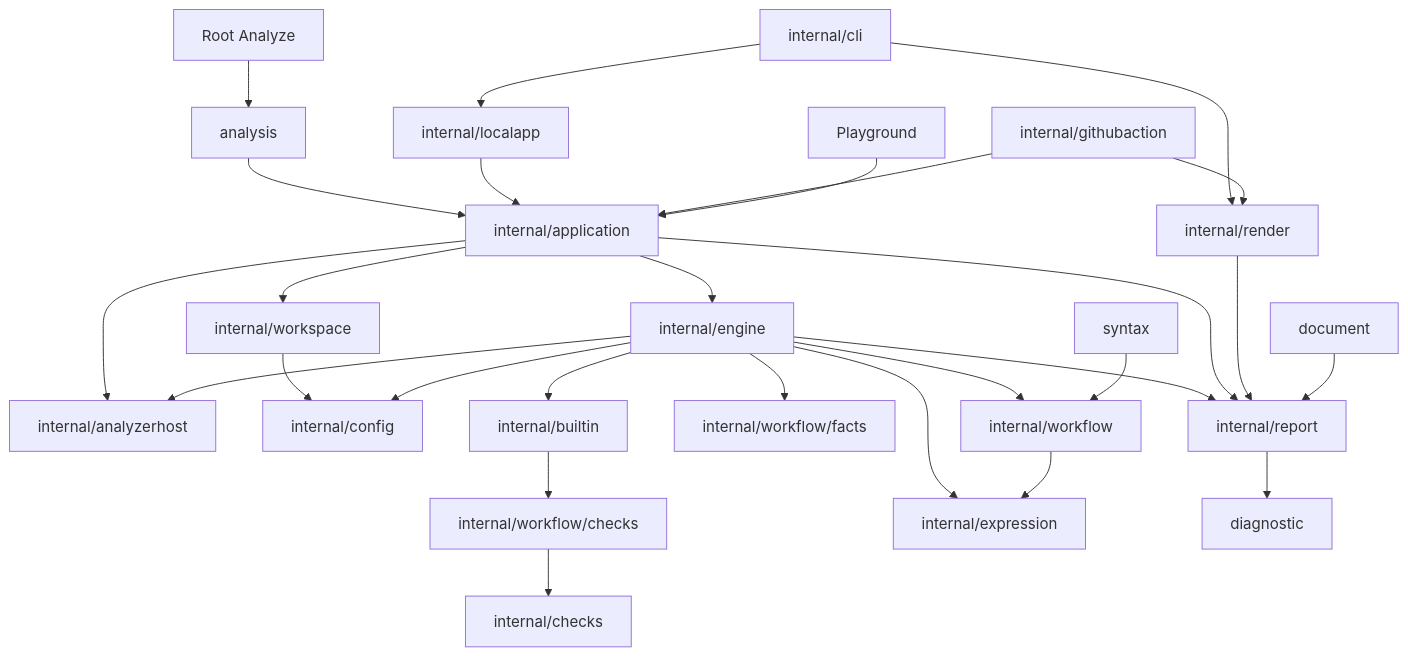
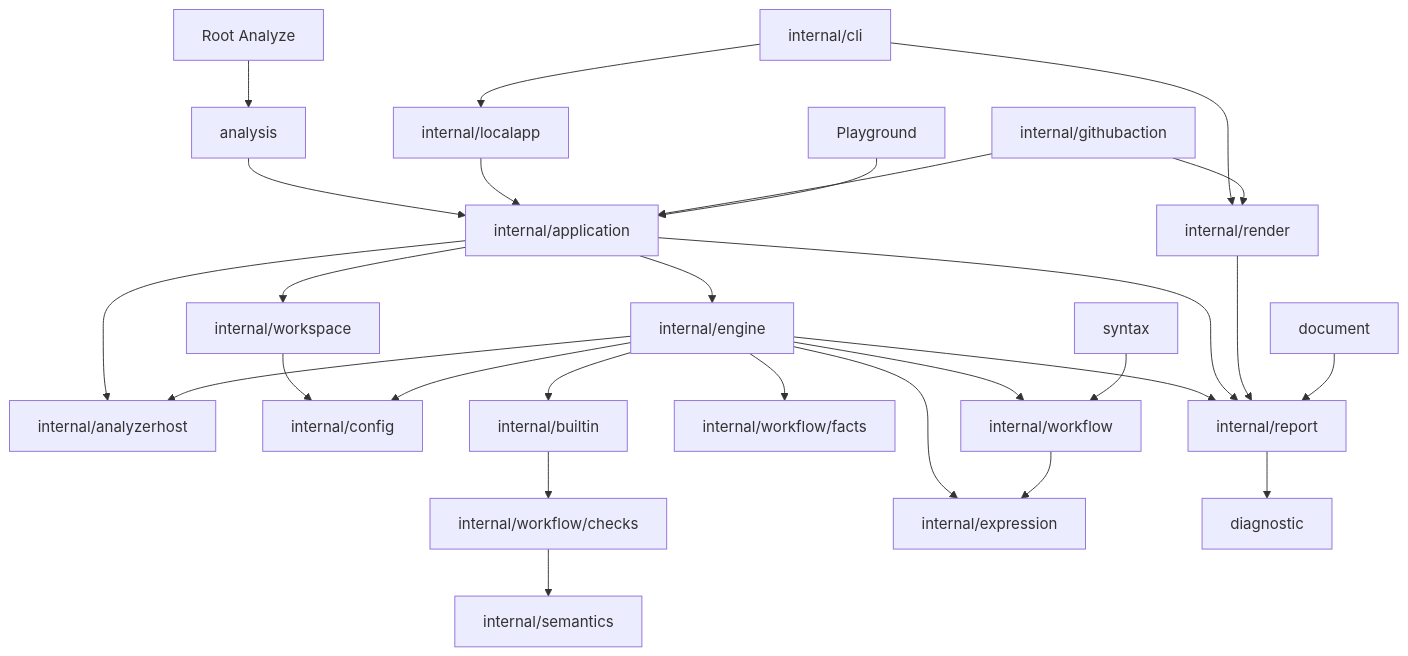
One commit to kjanat/actionlint changed the first of 2 diagrams in docs/design/analysis-contracts.md. Above: the diagram before and after it, drawn with Mermaid. The commit also changed other lines of this file and 378 other files, not shown here.

````diff
--- a/docs/design/analysis-contracts.md
+++ b/docs/design/analysis-contracts.md
@@ -31,30 +31,30 @@
 ```mermaid
 flowchart TD
     Root[Root Analyze] --> API[analysis]
     API --> App[internal/application]
     CLI[internal/cli] --> Local[internal/localapp]
     Local --> App
     Action[internal/githubaction] --> App
     Browser[Playground] --> App
     App --> Workspace[internal/workspace]
     App --> Engine[internal/engine]
     App --> Host[internal/analyzerhost]
     Workspace --> Config[internal/config]
     Engine --> Config
     Engine --> Workflow[internal/workflow]
     Engine --> Facts[internal/workflow/facts]
     Engine --> Builtin[internal/builtin]
     Builtin --> Checks[internal/workflow/checks]
-    Checks --> Semantics[internal/checks]
+    Checks --> Semantics[internal/semantics]
     Engine --> Expressions[internal/expression]
     Workflow --> Expressions
     Engine --> Host
     Engine --> Models[internal/report]
     App --> Models
     CLI --> Render[internal/render]
     Action --> Render
     Render --> Models
     Models --> Diagnostic[diagnostic]
     Syntax[syntax] --> Workflow
     Documents[document] --> Models
 ```
````
